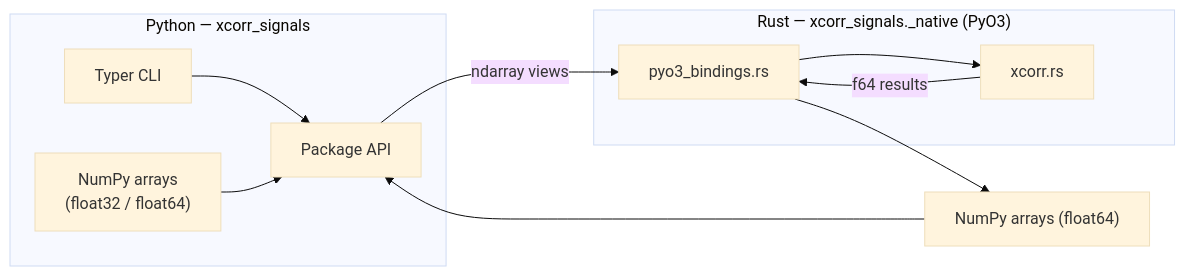
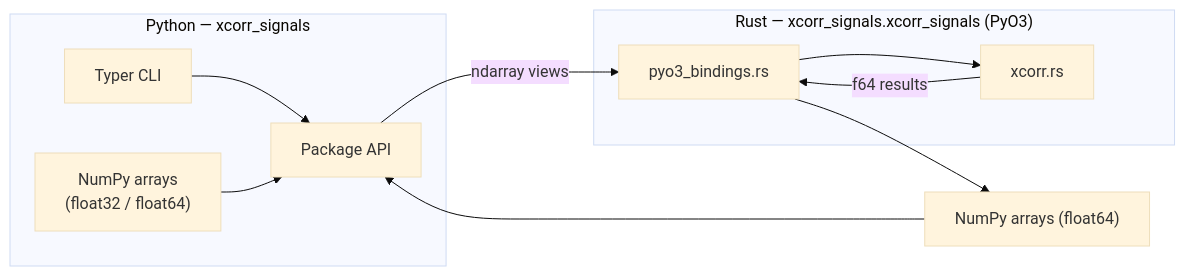
One commit to jr2804/xcorr-signals changed the first of 2 diagrams in docs/architecture/overview.md. Above: the diagram before and after it, drawn with Mermaid (base theme). The commit also changed other lines of this file and 6 other files, not shown here.

````diff
--- a/docs/architecture/overview.md
+++ b/docs/architecture/overview.md
@@ -8,13 +8,13 @@
 ```mermaid
 flowchart LR
     subgraph python["Python — xcorr_signals"]
         CLI["Typer CLI"] --> API["Package API"]
         NP["NumPy arrays\n(float32 / float64)"] --> API
     end
-    subgraph native["Rust — xcorr_signals._native (PyO3)"]
+    subgraph native["Rust — xcorr_signals.xcorr_signals (PyO3)"]
         BIND["pyo3_bindings.rs"] --> CORE["xcorr.rs"]
     end
     API -->|"ndarray views"| BIND
     CORE -->|"f64 results"| BIND
     BIND --> NP2["NumPy arrays (float64)"] --> API
 ```
````
